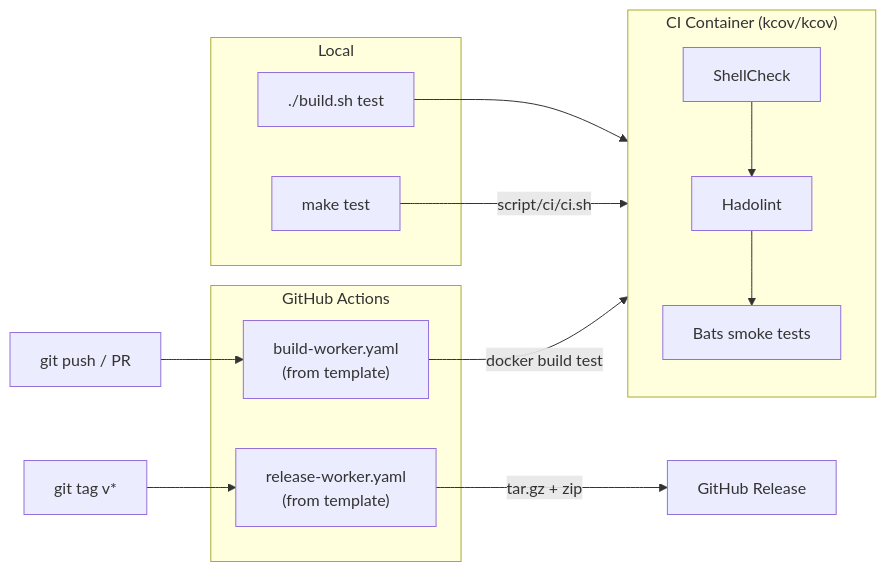
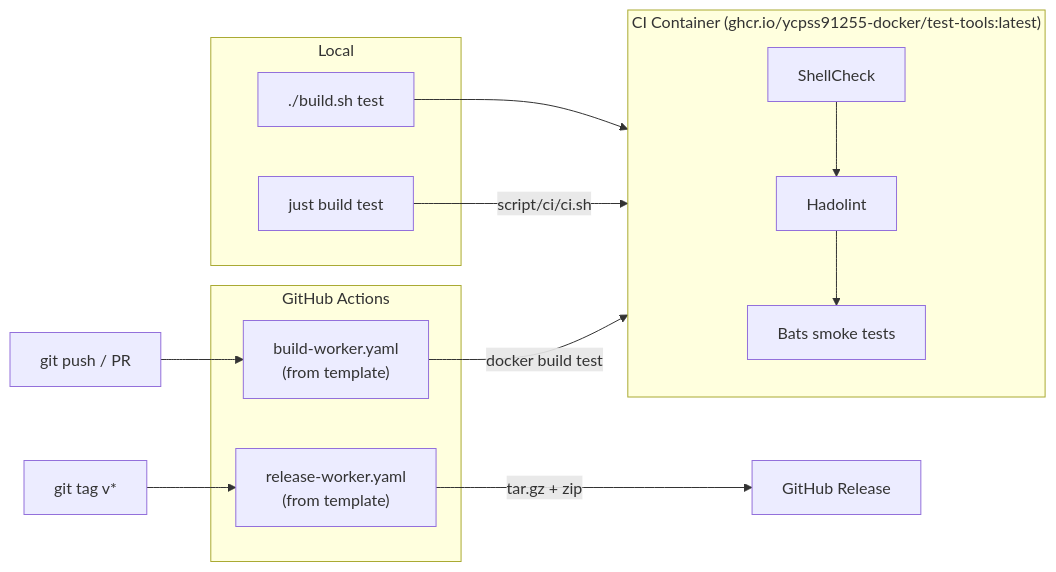
One commit to ycpss91255-docker/codex_cli changed the second of 2 diagrams in .base/README.md. Above: the diagram before and after it, drawn with Mermaid. The commit also changed other lines of this file and 137 other files, not shown here.

````diff
--- a/.base/README.md
+++ b/.base/README.md
@@ -81,27 +81,27 @@
 ```mermaid
 flowchart LR
     subgraph local["Local"]
         build_test["./build.sh test"]
-        make_test["make test"]
+        make_test["just build test"]
     end
 
-    subgraph ci_container["CI Container (kcov/kcov)"]
+    subgraph ci_container["CI Container (ghcr.io/ycpss91255-docker/test-tools:latest)"]
         shellcheck["ShellCheck"]
         hadolint["Hadolint"]
         bats["Bats smoke tests"]
     end
 
     subgraph github["GitHub Actions"]
         build_worker["build-worker.yaml<br/>(from template)"]
         release_worker["release-worker.yaml<br/>(from template)"]
     end
 
     build_test --> ci_container
     make_test -->|"script/ci/ci.sh"| ci_container
     shellcheck --> hadolint --> bats
 
     push["git push / PR"] --> build_worker
     build_worker -->|"docker build test"| ci_container
     tag["git tag v*"] --> release_worker
     release_worker -->|"tar.gz + zip"| release["GitHub Release"]
 ```
````
